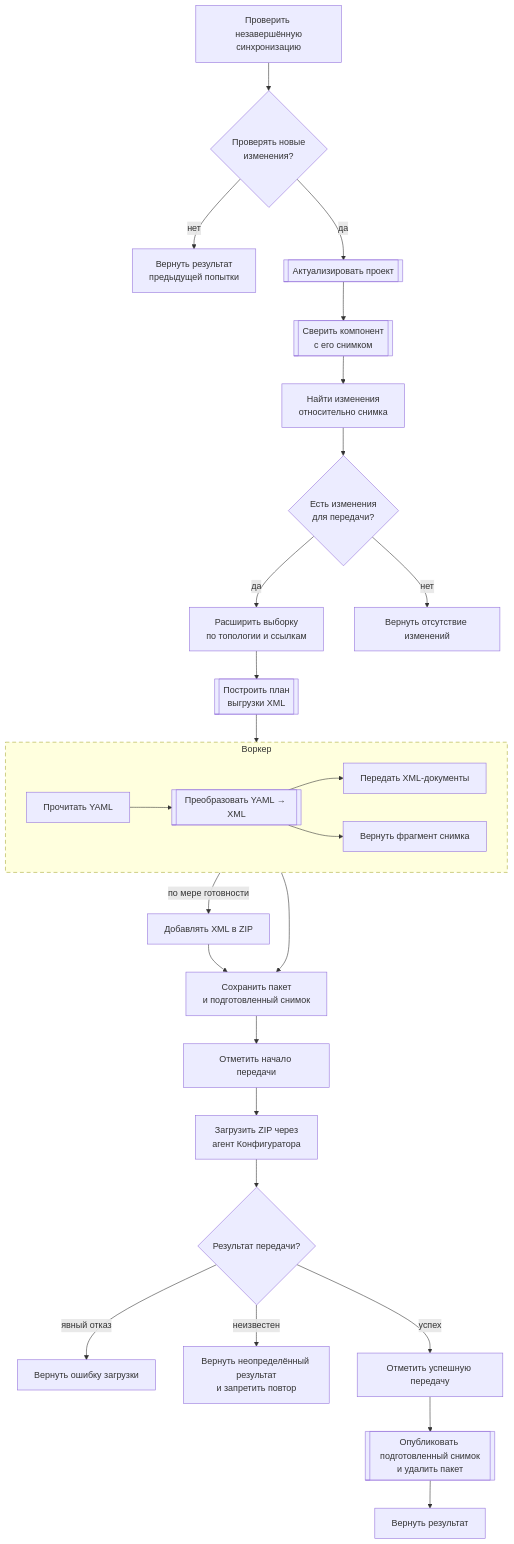
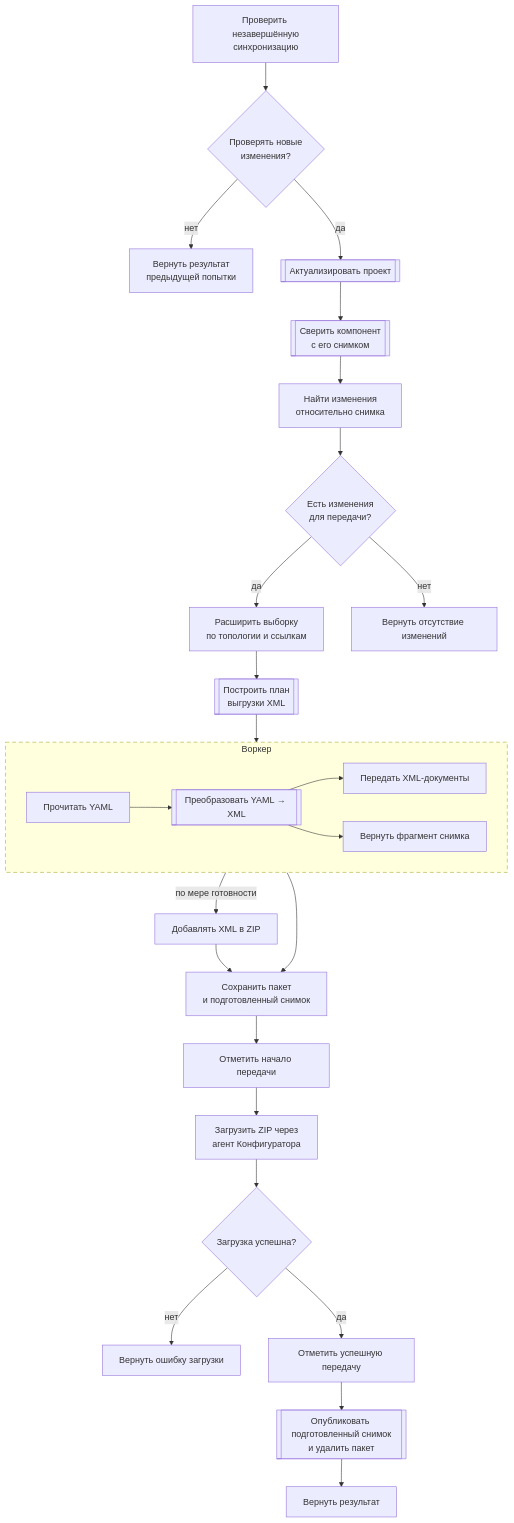
One commit to crimsongoldteam/nkdk changed the ninth of 11 diagrams in .agents/architecture.md. Above: the diagram before and after it, drawn with Mermaid.

Commit message:
docs: :memo: объединить результаты частичной загрузки
Показывать в архитектурной схеме одну развилку успеха, оставив различия ошибок подробной спецификации.

````diff
--- a/.agents/architecture.md
+++ b/.agents/architecture.md
@@ -287,45 +287,43 @@
 ```mermaid
 flowchart TD
   pending["Проверить незавершённую<br/>синхронизацию"]
   proceed{"Проверять новые<br/>изменения?"}
   previous["Вернуть результат<br/>предыдущей попытки"]
   validate[["Актуализировать проект"]]
   target[["Сверить компонент<br/>с его снимком"]]
   changes["Найти изменения<br/>относительно снимка"]
   work{"Есть изменения<br/>для передачи?"}
   impact["Расширить выборку<br/>по топологии и ссылкам"]
   plan[["Построить план<br/>выгрузки XML"]]
 
   subgraph partialSyncJob["Воркер"]
     direction LR
     readYaml["Прочитать YAML"] --> toXml[["Преобразовать YAML → XML"]]
     toXml --> document["Передать XML-документы"]
     toXml --> fragment["Вернуть фрагмент снимка"]
   end
 
   archive["Добавлять XML в ZIP"]
   prepared["Сохранить пакет<br/>и подготовленный снимок"]
   noChanges["Вернуть отсутствие изменений"]
   transferring["Отметить начало передачи"]
   load["Загрузить ZIP через<br/>агент Конфигуратора"]
-  outcome{"Результат передачи?"}
+  outcome{"Загрузка успешна?"}
   failure["Вернуть ошибку загрузки"]
-  unknown["Вернуть неопределённый результат<br/>и запретить повтор"]
   applied["Отметить успешную передачу"]
   publish[["Опубликовать подготовленный снимок<br/>и удалить пакет"]]
   result["Вернуть результат"]
 
   pending --> proceed
   proceed -- "да" --> validate
   proceed -- "нет" --> previous
   validate --> target --> changes --> work
   work -- "нет" --> noChanges
   work -- "да" --> impact --> plan --> readYaml
   document -- "по мере готовности" --> archive --> prepared
   fragment --> prepared
   prepared --> transferring --> load --> outcome
-  outcome -- "явный отказ" --> failure
-  outcome -- "неизвестен" --> unknown
-  outcome -- "успех" --> applied --> publish --> result
+  outcome -- "нет" --> failure
+  outcome -- "да" --> applied --> publish --> result
   style partialSyncJob stroke-dasharray: 7 5
 ```
````
